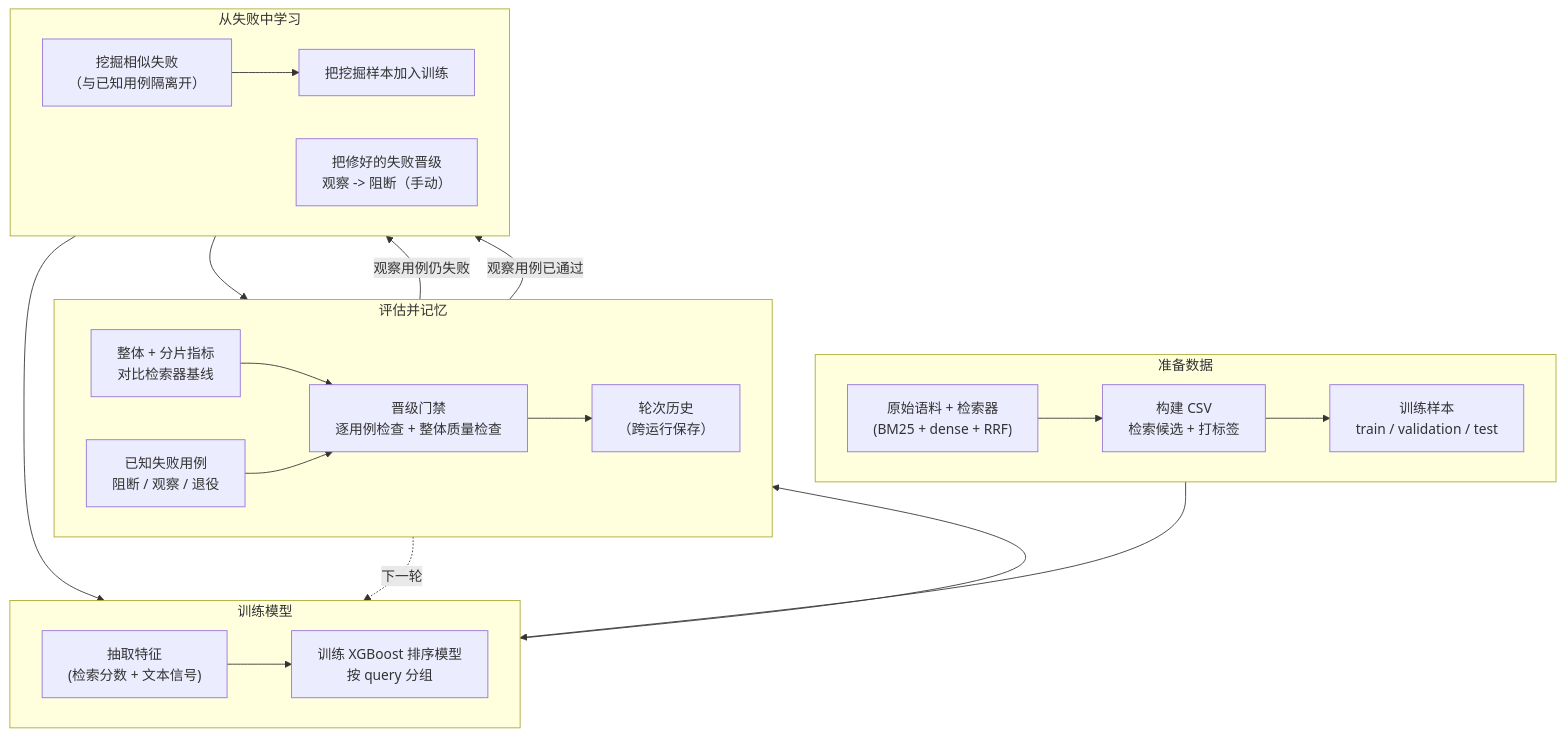
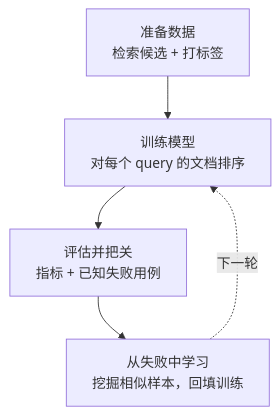
Before and after one commit to ansvver/heuriboost: the diagram in README.zh-CN.md, drawn with Mermaid. The commit also changed 1 other file, not shown here.

Commit message:
Simplify project flow diagram to four high-level stages
Collapse the flow diagram in both READMEs to four top-level modules
(prepare data -> train -> evaluate & gate -> learn from failures) plus
the next-round loopback, dropping retriever/feature/metric internals.
Details remain in the per-stage prose and pseudocode below the diagram.

````diff
--- a/README.zh-CN.md
+++ b/README.zh-CN.md
@@ -73,40 +73,10 @@
 ```mermaid
 flowchart TD
-  subgraph DATA["准备数据"]
-    direction LR
-    SRC["原始语料 + 检索器<br/>(BM25 + dense + RRF)"]
-    BUILD["构建 CSV<br/>检索候选 + 打标签"]
-    CSV["训练样本<br/>train / validation / test"]
-    SRC --> BUILD --> CSV
-  end
+  DATA["准备数据<br/>检索候选 + 打标签"]
+  LEARN["训练模型<br/>对每个 query 的文档排序"]
+  EVAL["评估并把关<br/>指标 + 已知失败用例"]
+  EVOLVE["从失败中学习<br/>挖掘相似样本，回填训练"]
 
-  subgraph LEARN["训练模型"]
-    direction LR
-    FEATS["抽取特征<br/>(检索分数 + 文本信号)"]
-    TRAIN["训练 XGBoost 排序模型<br/>按 query 分组"]
-    CSV --> FEATS --> TRAIN
-  end
-
-  subgraph EVAL["评估并记忆"]
-    direction LR
-    METRICS["整体 + 分片指标<br/>对比检索器基线"]
-    CASES["已知失败用例<br/>阻断 / 观察 / 退役"]
-    GATE["晋级门禁<br/>逐用例检查 + 整体质量检查"]
-    LEDGER["轮次历史<br/>（跨运行保存）"]
-    TRAIN --> METRICS
-    METRICS --> GATE
-    CASES --> GATE
-    GATE --> LEDGER
-  end
-
-  subgraph EVOLVE["从失败中学习"]
-    direction LR
-    MINE["挖掘相似失败<br/>（与已知用例隔离开）"]
-    SETS["把挖掘样本加入训练"]
-    PROMOTE["把修好的失败晋级<br/>观察 -> 阻断（手动）"]
-    LEDGER -->|观察用例仍失败| MINE --> SETS --> FEATS
-    LEDGER -->|观察用例已通过| PROMOTE --> CASES
-  end
-
-  LEDGER -.下一轮.-> LEARN
+  DATA --> LEARN --> EVAL --> EVOLVE
+  EVOLVE -.下一轮.-> LEARN
 ```
````
